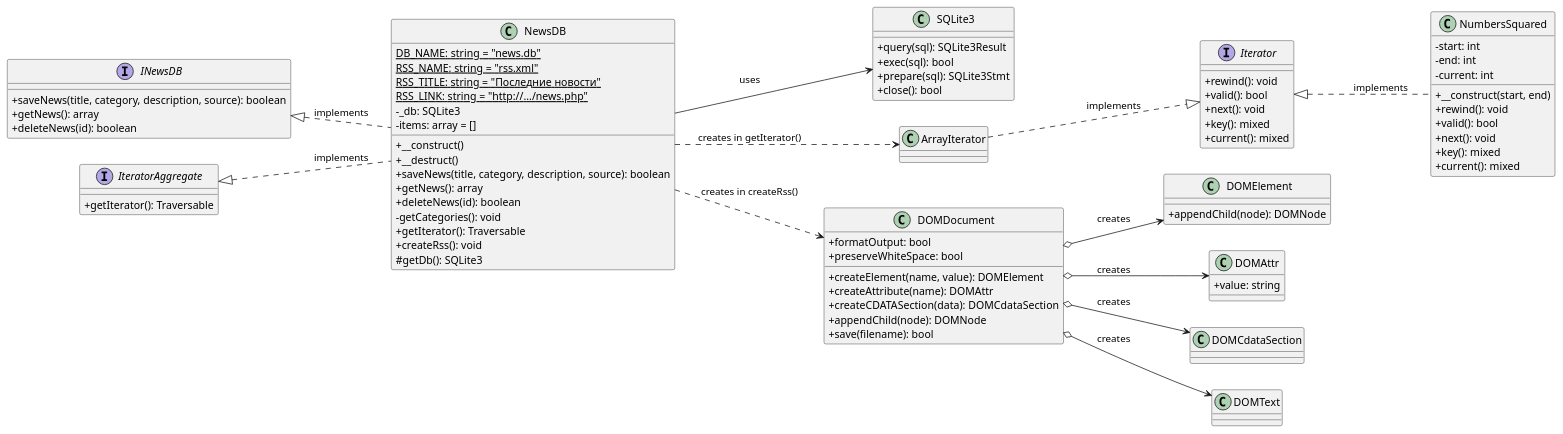
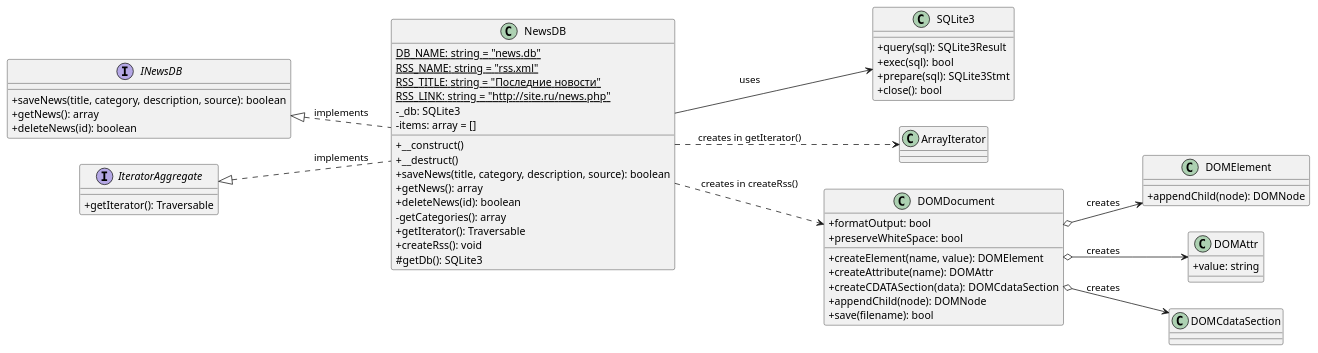
One commit to KapustinaLera/web changed the diagram in lab5/lab5.puml. Above: the diagram before and after it, drawn with PlantUML.

```diff
--- a/lab5/lab5.puml
+++ b/lab5/lab5.puml
@@ -1,103 +1,77 @@
-@startuml Lab5_XML_DOM
+@startuml Lab5_XML_RSS
 skinparam classAttributeIconSize 0
 left to right direction
 
+' === Интерфейсы ===
 interface INewsDB {
   +saveNews(title, category, description, source): boolean
   +getNews(): array
   +deleteNews(id): boolean
 }
 
 interface IteratorAggregate {
   +getIterator(): Traversable
 }
 
-interface Iterator {
-  +rewind(): void
-  +valid(): bool
-  +next(): void
-  +key(): mixed
-  +current(): mixed
-}
-
+' === Главный класс NewsDB ===
 class NewsDB {
   {static} DB_NAME: string = "news.db"
   {static} RSS_NAME: string = "rss.xml"
   {static} RSS_TITLE: string = "Последние новости"
-  {static} RSS_LINK: string = "http://.../news.php"
+  {static} RSS_LINK: string = "http://site.ru/news.php"
   -_db: SQLite3
   -items: array = []
   +__construct()
   +__destruct()
   +saveNews(title, category, description, source): boolean
   +getNews(): array
   +deleteNews(id): boolean
-  -getCategories(): void
+  -getCategories(): array
   +getIterator(): Traversable
   +createRss(): void
   #getDb(): SQLite3
 }
 
+' === Классы БД ===
 class SQLite3 {
   +query(sql): SQLite3Result
   +exec(sql): bool
   +prepare(sql): SQLite3Stmt
   +close(): bool
 }
 
 class ArrayIterator
 
-class NumbersSquared {
-  -start: int
-  -end: int
-  -current: int
-  +__construct(start, end)
-  +rewind(): void
-  +valid(): bool
-  +next(): void
-  +key(): mixed
-  +current(): mixed
-}
-
-
-
+' === DOM-классы  ===
 class DOMDocument {
   +formatOutput: bool
   +preserveWhiteSpace: bool
   +createElement(name, value): DOMElement
   +createAttribute(name): DOMAttr
   +createCDATASection(data): DOMCdataSection
   +appendChild(node): DOMNode
   +save(filename): bool
 }
 
 class DOMElement {
   +appendChild(node): DOMNode
 }
 
 class DOMAttr {
   +value: string
 }
 
 class DOMCdataSection
 
-class DOMText
-
+' === Связи ===
 INewsDB <|.. NewsDB : implements
 IteratorAggregate <|.. NewsDB : implements
-
 NewsDB --> SQLite3 : uses
-
 NewsDB ..> ArrayIterator : creates in getIterator()
-ArrayIterator ..|> Iterator : implements
-
-Iterator <|.. NumbersSquared : implements
 
 NewsDB ..> DOMDocument : creates in createRss()
-
 DOMDocument o--> DOMElement : creates
 DOMDocument o--> DOMAttr : creates
 DOMDocument o--> DOMCdataSection : creates
-DOMDocument o--> DOMText : creates
 
 @enduml
```
